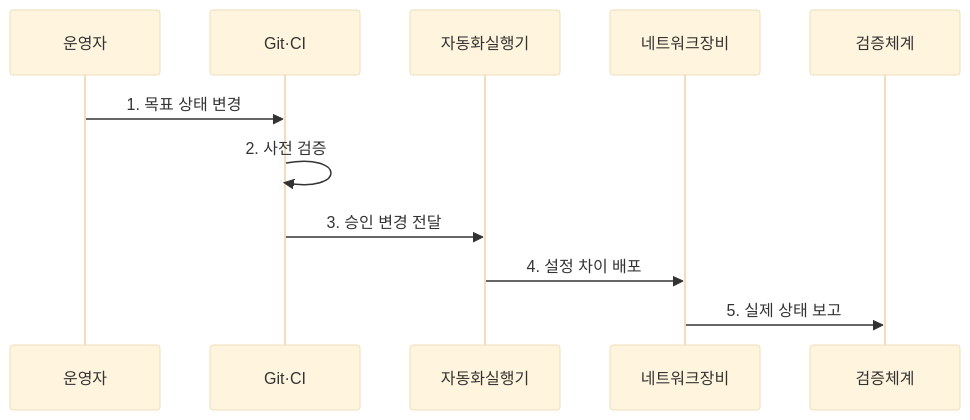
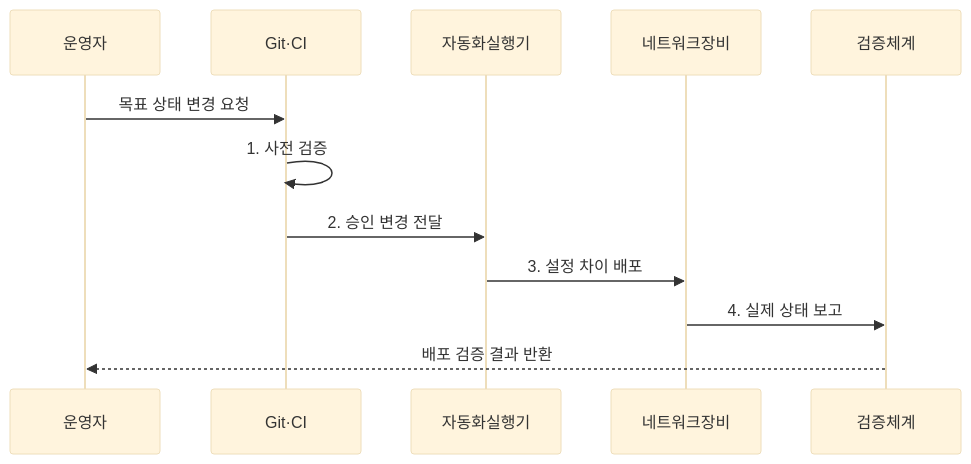
One commit to agnusdei1207/knowledge-base changed the second of 2 diagrams in src/content/docs/notes/04-network/061_network_automation.md. Above: the diagram before and after it, drawn with Mermaid (base theme). The commit also changed other lines of this file and 20 other files, not shown here.

````diff
--- a/src/content/docs/notes/04-network/061_network_automation.md
+++ b/src/content/docs/notes/04-network/061_network_automation.md
@@ -89,13 +94,14 @@
 ```mermaid
 sequenceDiagram
     participant 운영자
     participant Git·CI
     participant 자동화실행기
     participant 네트워크장비
     participant 검증체계
-    운영자->>Git·CI: 1. 목표 상태 변경
-    Git·CI->>Git·CI: 2. 사전 검증
-    Git·CI->>자동화실행기: 3. 승인 변경 전달
-    자동화실행기->>네트워크장비: 4. 설정 차이 배포
-    네트워크장비->>검증체계: 5. 실제 상태 보고
+    운영자->>Git·CI: 목표 상태 변경 요청
+    Git·CI->>Git·CI: 1. 사전 검증
+    Git·CI->>자동화실행기: 2. 승인 변경 전달
+    자동화실행기->>네트워크장비: 3. 설정 차이 배포
+    네트워크장비->>검증체계: 4. 실제 상태 보고
+    검증체계-->>운영자: 배포 검증 결과 반환
 ```
````
